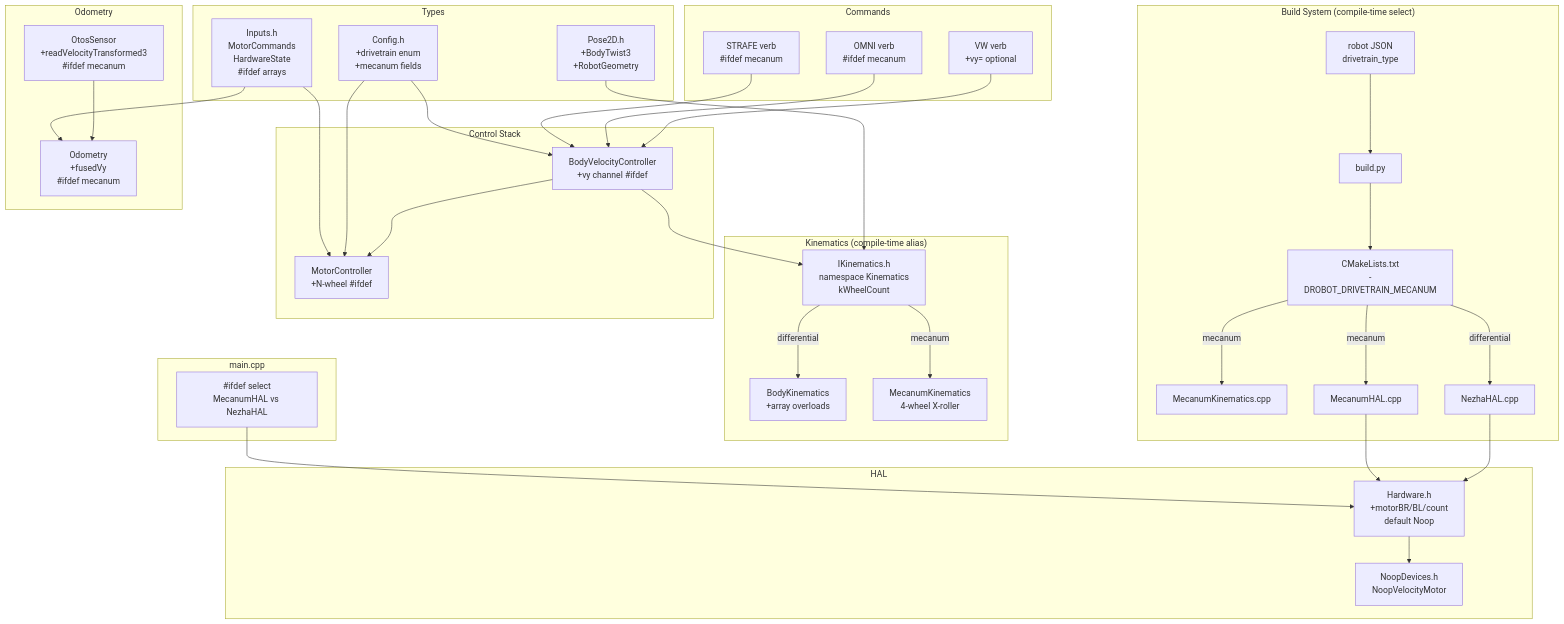
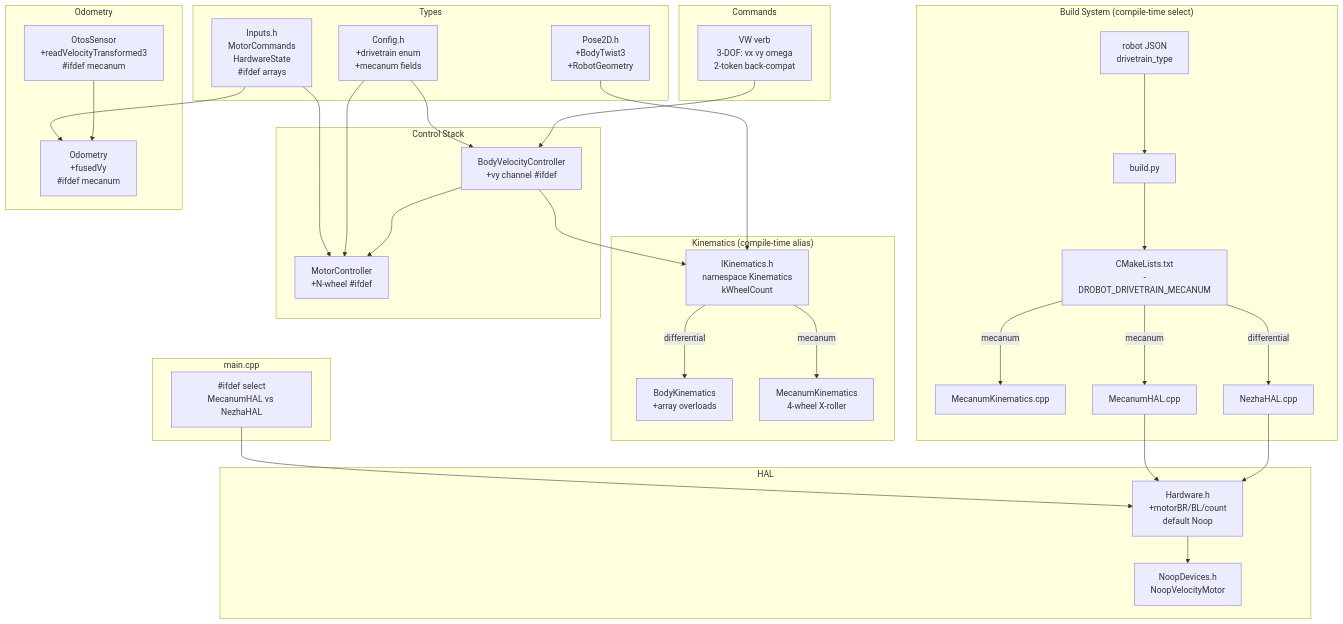
Before and after one commit to League-Robotics/radio-robot: the first of 3 diagrams in .clasi/sprints/046-mecanum-drivetrain-swappable-differential-mecanum-kinematics-omnidirectional/architecture-update.md, drawn with Mermaid. The commit also changed other lines of this file and 2 other files, not shown here.

First line of the commit message:
docs(046-005): VW 3-DOF (drop STRAFE/OMNI verbs) + fix forward-omega equation

````diff
--- a/.clasi/sprints/046-mecanum-drivetrain-swappable-differential-mecanum-kinematics-omnidirectional/architecture-update.md
+++ b/.clasi/sprints/046-mecanum-drivetrain-swappable-differential-mecanum-kinematics-omnidirectional/architecture-update.md
@@ -316,65 +322,61 @@
 ```mermaid
 graph TD
     subgraph Build["Build System (compile-time select)"]
         J[robot JSON\ndrivetrain_type] --> BP[build.py]
         BP --> CM[CMakeLists.txt\n-DROBOT_DRIVETRAIN_MECANUM]
         CM -->|mecanum| MCK[MecanumKinematics.cpp]
         CM -->|mecanum| MHL[MecanumHAL.cpp]
         CM -->|differential| NZH[NezhaHAL.cpp]
     end
 
     subgraph Types["Types"]
         P2D[Pose2D.h\n+BodyTwist3\n+RobotGeometry]
         INP[Inputs.h\nMotorCommands\nHardwareState\n#ifdef arrays]
         CFG[Config.h\n+drivetrain enum\n+mecanum fields]
     end
 
     subgraph Kinematics["Kinematics (compile-time alias)"]
         IKH[IKinematics.h\nnamespace Kinematics\nkWheelCount]
         BK[BodyKinematics\n+array overloads]
         MK[MecanumKinematics\n4-wheel X-roller]
         IKH -->|differential| BK
         IKH -->|mecanum| MK
     end
 
     subgraph Control["Control Stack"]
         BVC[BodyVelocityController\n+vy channel #ifdef]
         MC[MotorController\n+N-wheel #ifdef]
         BVC --> IKH
         BVC --> MC
     end
 
     subgraph Commands["Commands"]
-        VW[VW verb\n+vy= optional]
-        OMNI[OMNI verb\n#ifdef mecanum]
-        STRAFE[STRAFE verb\n#ifdef mecanum]
+        VW[VW verb\n3-DOF: vx vy omega\n2-token back-compat]
         VW --> BVC
-        OMNI --> BVC
-        STRAFE --> BVC
     end
 
     subgraph Odometry["Odometry"]
         OTO[OtosSensor\n+readVelocityTransformed3\n#ifdef mecanum]
         ODO[Odometry\n+fusedVy\n#ifdef mecanum]
         OTO --> ODO
     end
 
     subgraph HAL["HAL"]
         HW[Hardware.h\n+motorBR/BL/count\ndefault Noop]
         ND[NoopDevices.h\nNoopVelocityMotor]
         NZH --> HW
         MHL --> HW
         HW --> ND
     end
 
     subgraph Main["main.cpp"]
         SEL["#ifdef select\nMecanumHAL vs NezhaHAL"]
     end
 
     CFG --> BVC
     CFG --> MC
     P2D --> IKH
     INP --> MC
     INP --> ODO
     SEL --> HW
 ```
````
